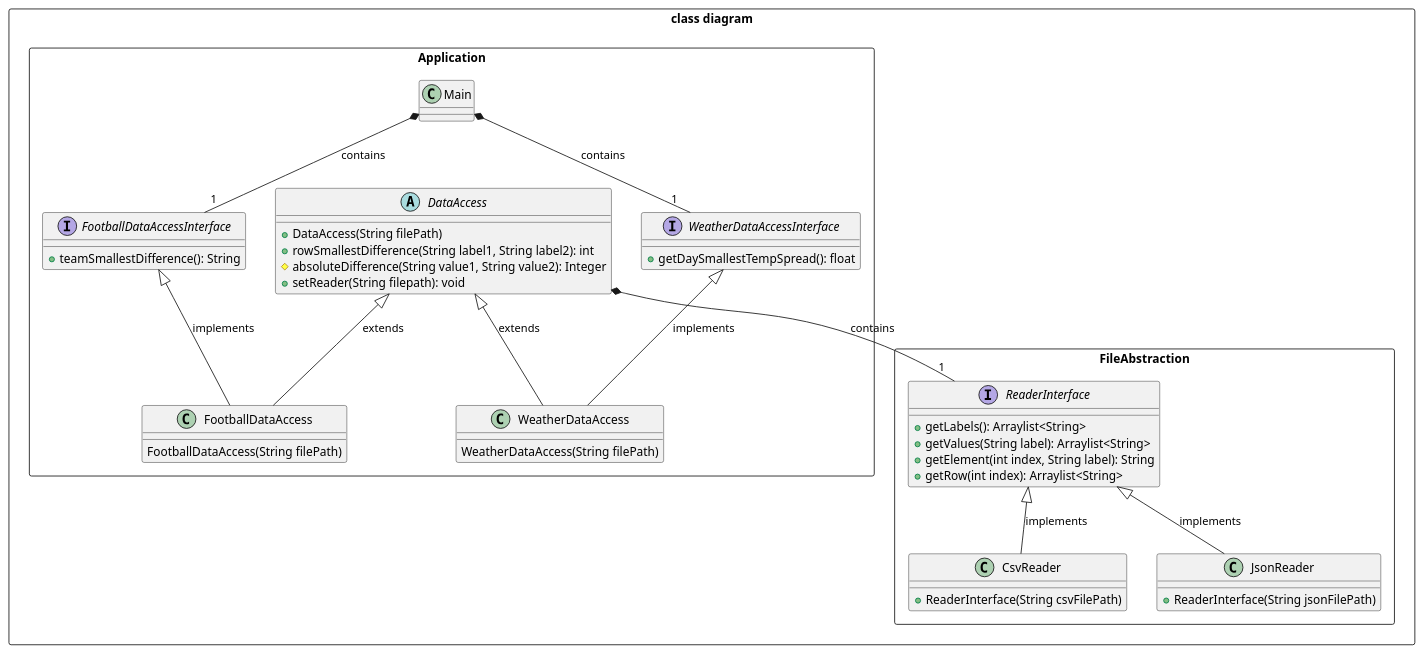
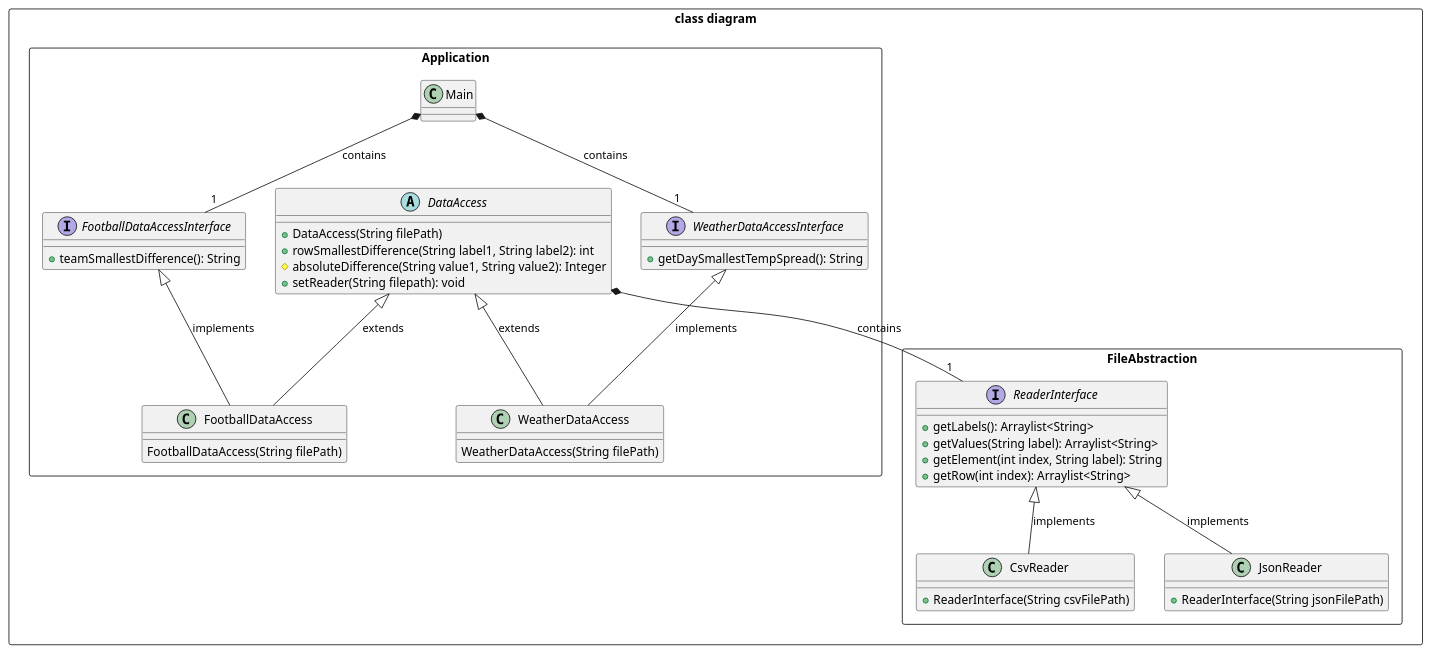
One commit to nadisimo/CodingChallengeExxcellent changed the diagram in target/classes/de/exxcellent/challenge/components.plantuml. Above: the diagram before and after it, drawn with PlantUML. The commit also changed 8 other files, not shown here.

```diff
--- a/target/classes/de/exxcellent/challenge/components.plantuml
+++ b/target/classes/de/exxcellent/challenge/components.plantuml
@@ -1,64 +1,64 @@
 @startuml
 
 rectangle "class diagram" { 
     rectangle Application {
         class Main 
         
         interface WeatherDataAccessInterface {
-            + getDaySmallestTempSpread(): float
+            + getDaySmallestTempSpread(): String
         }
 
         class WeatherDataAccess {
             WeatherDataAccess(String filePath)
         }
 
         interface FootballDataAccessInterface {
             + teamSmallestDifference(): String
         }
 
         class FootballDataAccess {
             FootballDataAccess(String filePath)
         }
 
         abstract class DataAccess {
             + DataAccess(String filePath)
             + rowSmallestDifference(String label1, String label2): int 
             # absoluteDifference(String value1, String value2): Integer
             + setReader(String filepath): void
         }
     }
 
     rectangle FileAbstraction {
         class CsvReader {
             + ReaderInterface(String csvFilePath)
         }
 
         class JsonReader {
             + ReaderInterface(String jsonFilePath)
             
         }
 
         interface ReaderInterface {
             + getLabels(): Arraylist<String>
             + getValues(String label): Arraylist<String>
             + getElement(int index, String label): String
             + getRow(int index): Arraylist<String>
         }
     }
 
     
 }
 
 WeatherDataAccessInterface <|-- WeatherDataAccess : implements
 FootballDataAccessInterface <|-- FootballDataAccess : implements
 DataAccess <|-- WeatherDataAccess : extends 
 DataAccess <|-- FootballDataAccess : extends 
 
 DataAccess *-- "1" ReaderInterface : contains
 ReaderInterface <|-- CsvReader : implements
 ReaderInterface <|-- JsonReader : implements
 
 Main *-- "1" WeatherDataAccessInterface : contains
 Main *-- "1" FootballDataAccessInterface : contains
 
 @enduml
```
